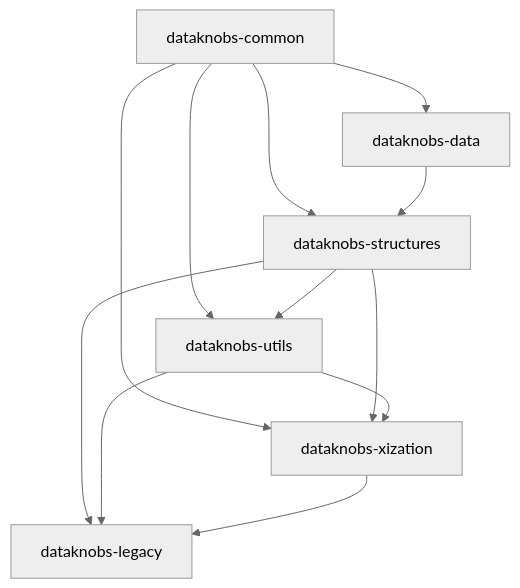
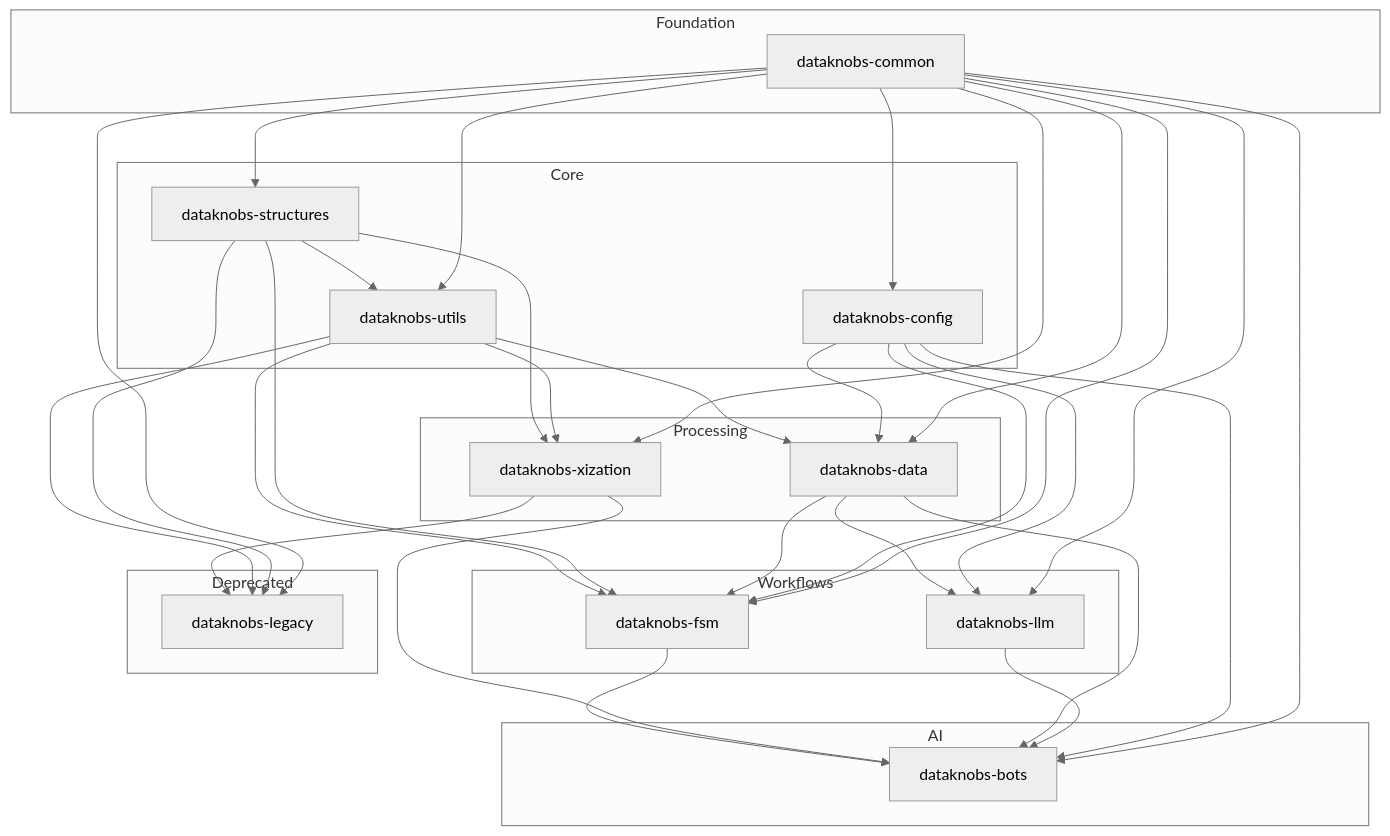
Before and after one commit to KBS-Labs/dataknobs: the diagram in docs/packages/index.md, drawn with Mermaid (neutral theme). The commit also changed other lines of this file and 4 other files, not shown here.

````diff
--- a/docs/packages/index.md
+++ b/docs/packages/index.md
@@ -39,14 +41,72 @@
 ```mermaid
 graph TD
-    A[dataknobs-common] --> B[dataknobs-data]
-    A --> C[dataknobs-structures]
-    A --> D[dataknobs-utils]
-    B --> C
-    C --> D
-    A --> E[dataknobs-xization]
-    C --> E
-    D --> E
-    C --> F[dataknobs-legacy]
-    D --> F
-    E --> F
+    subgraph Foundation
+        common[dataknobs-common]
+    end
+
+    subgraph Core
+        config[dataknobs-config]
+        structures[dataknobs-structures]
+        utils[dataknobs-utils]
+    end
+
+    subgraph Processing
+        xization[dataknobs-xization]
+        data[dataknobs-data]
+    end
+
+    subgraph Workflows
+        fsm[dataknobs-fsm]
+        llm[dataknobs-llm]
+    end
+
+    subgraph AI
+        bots[dataknobs-bots]
+    end
+
+    subgraph Deprecated
+        legacy[dataknobs-legacy]
+    end
+
+    %% Foundation dependencies
+    common --> config
+    common --> structures
+    common --> utils
+    common --> xization
+    common --> data
+    common --> fsm
+    common --> llm
+    common --> bots
+    common --> legacy
+
+    %% Core layer
+    structures --> utils
+    utils --> xization
+    structures --> xization
+
+    %% Data layer
+    config --> data
+    utils --> data
+
+    %% LLM layer
+    config --> llm
+    data --> llm
+
+    %% FSM layer
+    config --> fsm
+    data --> fsm
+    structures --> fsm
+    utils --> fsm
+
+    %% Bots layer (highest level)
+    config --> bots
+    llm --> bots
+    data --> bots
+    xization --> bots
+    fsm --> bots
+
+    %% Legacy
+    structures --> legacy
+    utils --> legacy
+    xization --> legacy
 ```
````
